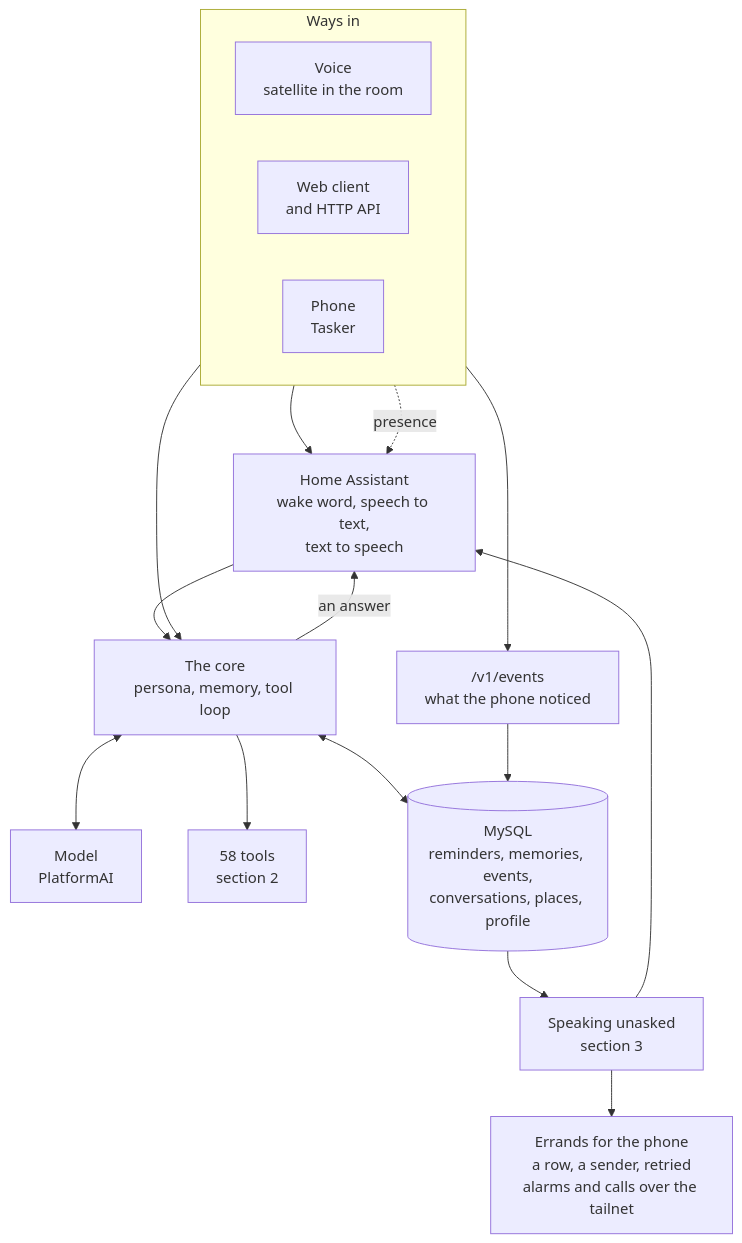
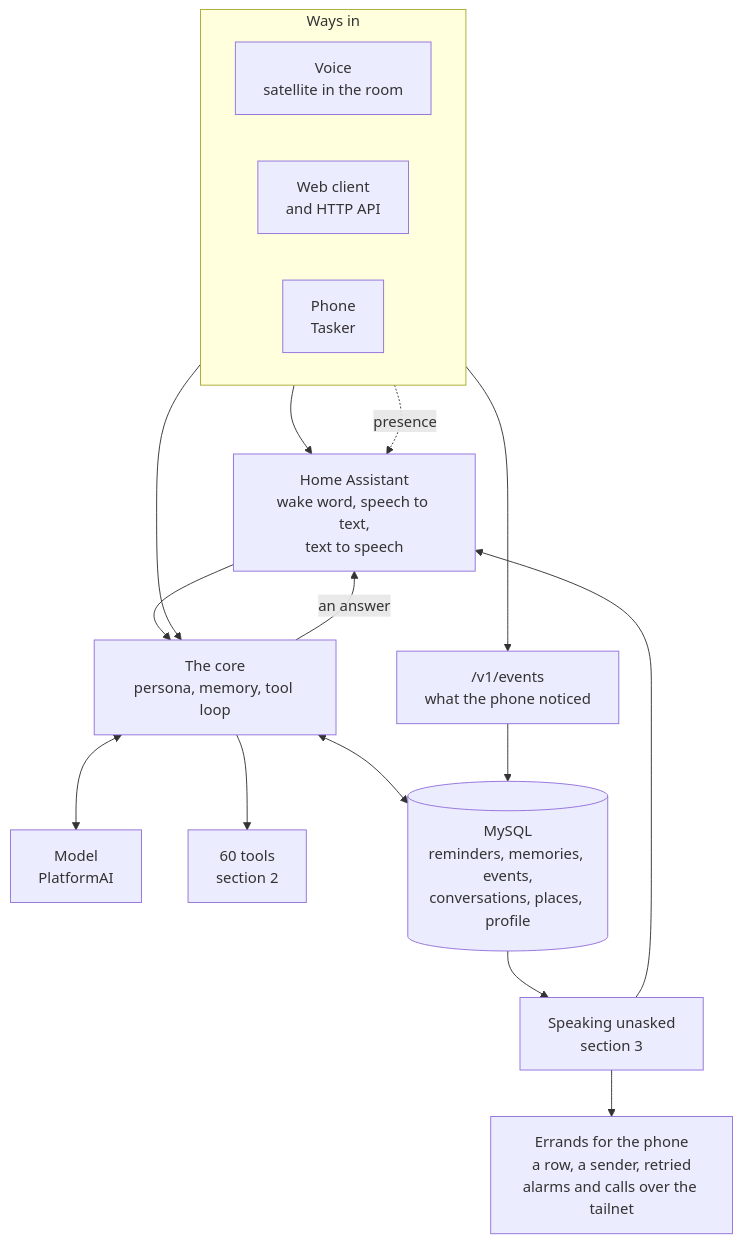
Before and after one commit to DhanushRamesh/personal-assistant: the first of 5 diagrams in FEATURES.md, drawn with Mermaid. The commit also changed other lines of this file and 1 other file, not shown here.

````diff
--- a/FEATURES.md
+++ b/FEATURES.md
@@ -19,36 +19,36 @@
 ```mermaid
 flowchart TB
     subgraph IN["Ways in"]
         direction LR
         SAT["Voice<br/>satellite in the room"]
         WEB["Web client<br/>and HTTP API"]
         PHONE["Phone<br/>Tasker"]
     end
 
     HA["Home Assistant<br/>wake word, speech to text,<br/>text to speech"]
     EVENTS["/v1/events<br/>what the phone noticed"]
 
     SAT --> HA
     PHONE --> EVENTS
     PHONE -. "presence" .-> HA
     HA --> CORE
     WEB --> CORE
 
     CORE["The core<br/>persona, memory, tool loop"]
     MODEL["Model<br/>PlatformAI"]
-    TOOLS["58 tools<br/>section 2"]
+    TOOLS["60 tools<br/>section 2"]
     DB[("MySQL<br/>reminders, memories, events,<br/>conversations, places, profile")]
 
     CORE <--> MODEL
     CORE --> TOOLS
     CORE <--> DB
     EVENTS --> DB
     CORE -- "an answer" --> HA
 
     UNASKED["Speaking unasked<br/>section 3"]
     ALARMS["Errands for the phone<br/>a row, a sender, retried<br/>alarms and calls over the tailnet"]
 
     DB --> UNASKED
     UNASKED --> HA
     UNASKED --> ALARMS
 ```
````
